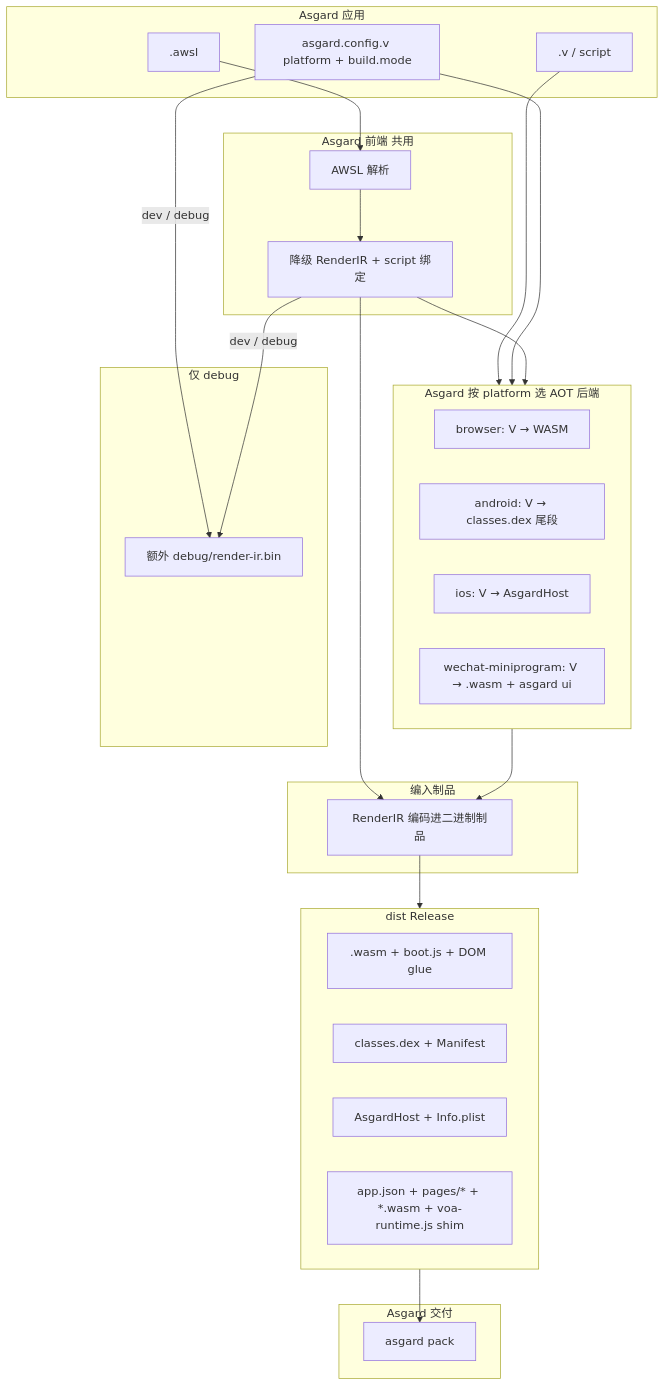
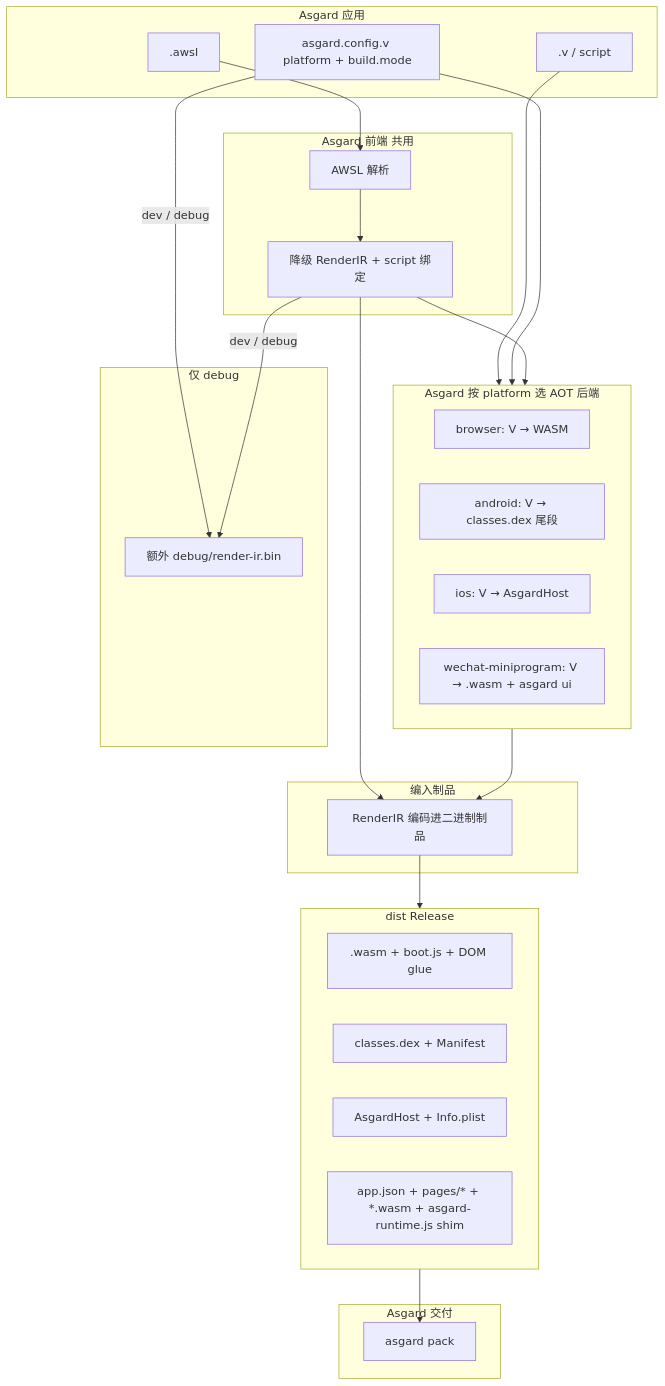
Before and after one commit to valkyrie-language/valkyrie.v: the diagram in projects/asgard._/projects/asgard/documentation/pages/zh-hans/architecture/gui-compilation.md, drawn with Mermaid. The commit also changed other lines of this file and 76 other files, not shown here.

Commit message:
💥 rename voa runtime glue and CSS classes to asgard

````diff
--- a/projects/asgard._/projects/asgard/documentation/pages/zh-hans/architecture/gui-compilation.md
+++ b/projects/asgard._/projects/asgard/documentation/pages/zh-hans/architecture/gui-compilation.md
@@ -30,50 +30,50 @@
 ```mermaid
 flowchart TB
     subgraph author [Asgard 应用]
         AWSL[".awsl"]
         VSrc[".v / script"]
         CFG["asgard.config.v platform + build.mode"]
     end
 
     subgraph front [Asgard 前端 共用]
         Parse["AWSL 解析"]
         Lower["降级 RenderIR + script 绑定"]
     end
 
     subgraph backends [Asgard 按 platform 选 AOT 后端]
         WebBE["browser: V → WASM"]
         AndBE["android: V → classes.dex 尾段"]
         IosBE["ios: V → AsgardHost"]
         MpBE["wechat-miniprogram: V → .wasm + asgard ui"]
     end
 
     subgraph embed [编入制品]
         EmbedIR["RenderIR 编码进二进制制品"]
     end
 
     subgraph debug [仅 debug]
         Sidecar["额外 debug/render-ir.bin"]
     end
 
     subgraph dist [dist Release]
         WebOut[".wasm + boot.js + DOM glue"]
         AndOut["classes.dex + Manifest"]
         IosOut["AsgardHost + Info.plist"]
-        MpOut["app.json + pages/* + *.wasm + voa-runtime.js shim"]
+        MpOut["app.json + pages/* + *.wasm + asgard-runtime.js shim"]
     end
 
     subgraph pack [Asgard 交付]
         PackCLI["asgard pack"]
     end
 
     AWSL --> Parse --> Lower
     VSrc --> backends
     CFG --> backends
     Lower --> EmbedIR
     Lower --> backends
     backends --> EmbedIR
     EmbedIR --> dist
     CFG -->|dev / debug| Sidecar
     Lower -->|dev / debug| Sidecar
     dist --> PackCLI
 ```
````
